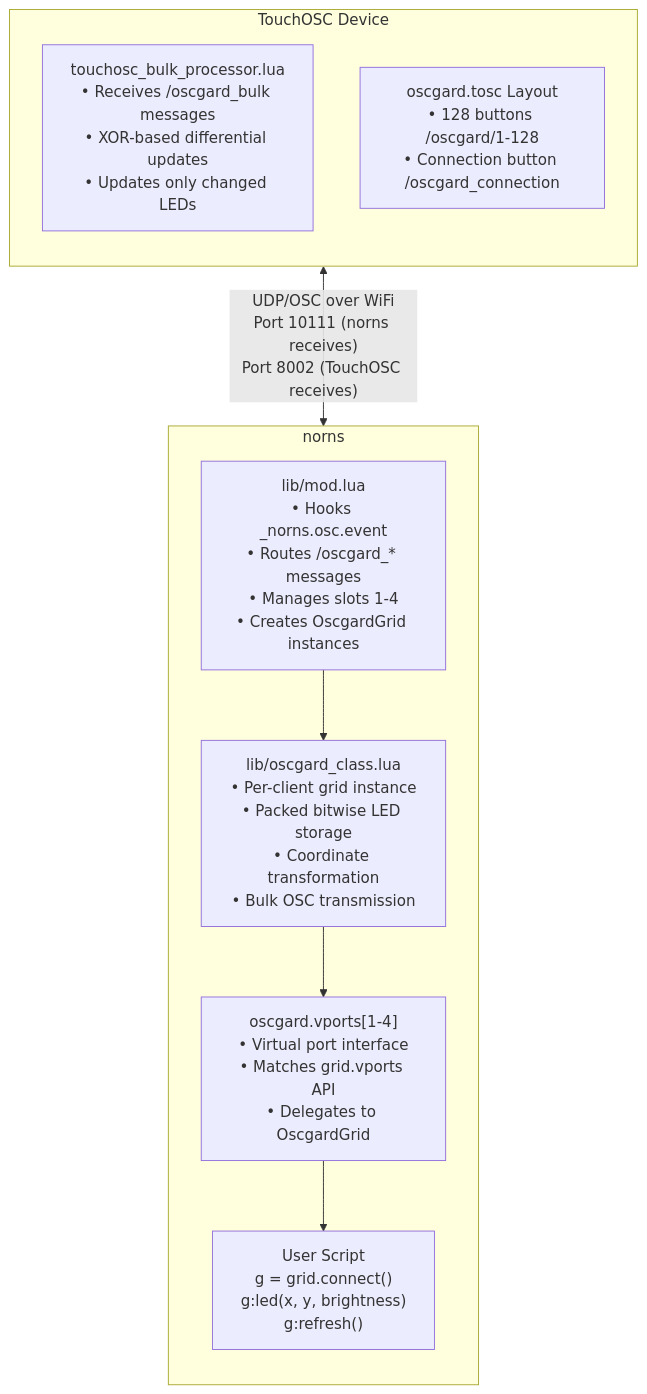
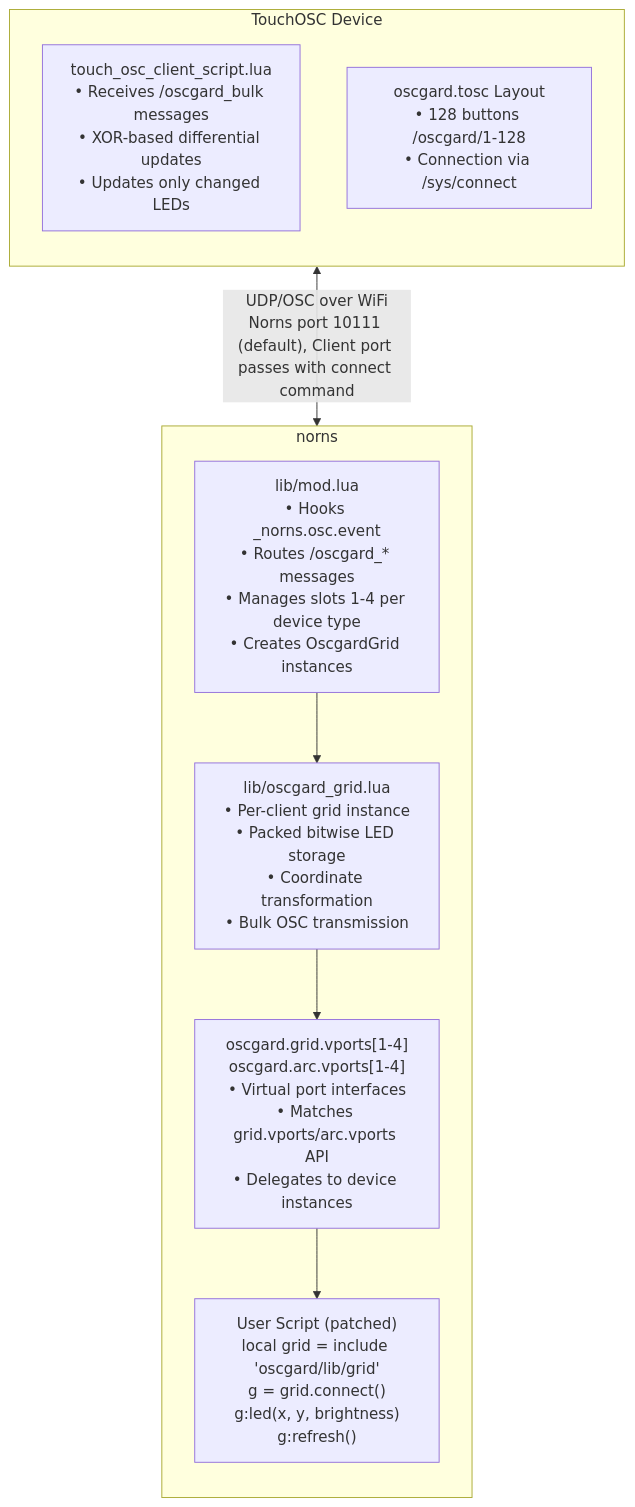
The first of 4 diagrams in docs/ARCHITECTURE.md (ilatovsky/toga), drawn with Mermaid before and after one commit. The commit also changed other lines of this file and 13 other files, not shown here.

````diff
--- a/docs/ARCHITECTURE.md
+++ b/docs/ARCHITECTURE.md
@@ -11,22 +13,22 @@
 ```mermaid
 flowchart TB
     subgraph TouchOSC["TouchOSC Device"]
         direction TB
-        BulkProcessor["touchosc_bulk_processor.lua<br/>• Receives /oscgard_bulk messages<br/>• XOR-based differential updates<br/>• Updates only changed LEDs"]
-        Layout["oscgard.tosc Layout<br/>• 128 buttons /oscgard/1-128<br/>• Connection button /oscgard_connection"]
+        BulkProcessor["touch_osc_client_script.lua<br/>• Receives /oscgard_bulk messages<br/>• XOR-based differential updates<br/>• Updates only changed LEDs"]
+        Layout["oscgard.tosc Layout<br/>• 128 buttons /oscgard/1-128<br/>• Connection via /sys/connect"]
     end
     
     subgraph norns["norns"]
         direction TB
-        Mod["lib/mod.lua<br/>• Hooks _norns.osc.event<br/>• Routes /oscgard_* messages<br/>• Manages slots 1-4<br/>• Creates OscgardGrid instances"]
-        GridClass["lib/oscgard_class.lua<br/>• Per-client grid instance<br/>• Packed bitwise LED storage<br/>• Coordinate transformation<br/>• Bulk OSC transmission"]
-        VPorts["oscgard.vports[1-4]<br/>• Virtual port interface<br/>• Matches grid.vports API<br/>• Delegates to OscgardGrid"]
-        UserScript["User Script<br/>g = grid.connect()<br/>g:led(x, y, brightness)<br/>g:refresh()"]
+        Mod["lib/mod.lua<br/>• Hooks _norns.osc.event<br/>• Routes /oscgard_* messages<br/>• Manages slots 1-4 per device type<br/>• Creates OscgardGrid instances"]
+        GridClass["lib/oscgard_grid.lua<br/>• Per-client grid instance<br/>• Packed bitwise LED storage<br/>• Coordinate transformation<br/>• Bulk OSC transmission"]
+        VPorts["oscgard.grid.vports[1-4]<br/>oscgard.arc.vports[1-4]<br/>• Virtual port interfaces<br/>• Matches grid.vports/arc.vports API<br/>• Delegates to device instances"]
+        UserScript["User Script (patched)<br/>local grid = include 'oscgard/lib/grid'<br/>g = grid.connect()<br/>g:led(x, y, brightness)<br/>g:refresh()"]
         
         Mod --> GridClass
         GridClass --> VPorts
         VPorts --> UserScript
     end
     
-    TouchOSC <-->|"UDP/OSC over WiFi<br/>Port 10111 (norns receives)<br/>Port 8002 (TouchOSC receives)"| norns
+    TouchOSC <-->|"UDP/OSC over WiFi<br/>Norns port 10111 (default), Client port passes with connect command"| norns
 ```
````
